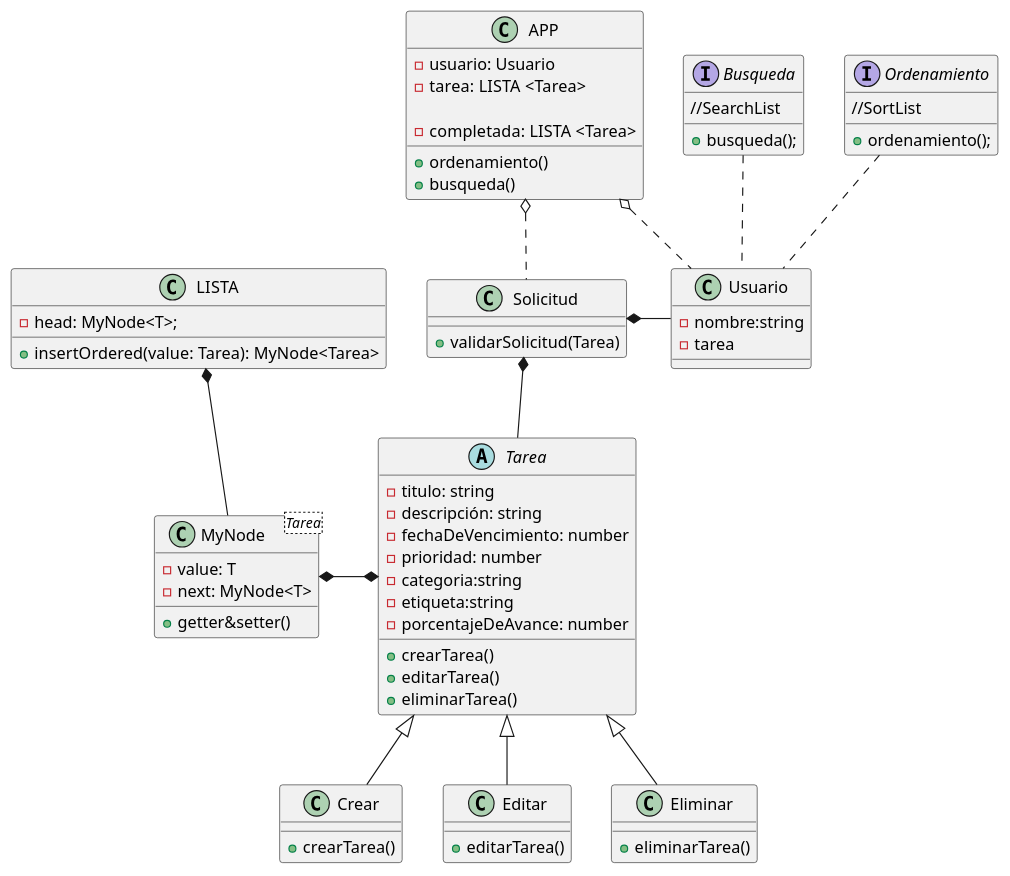
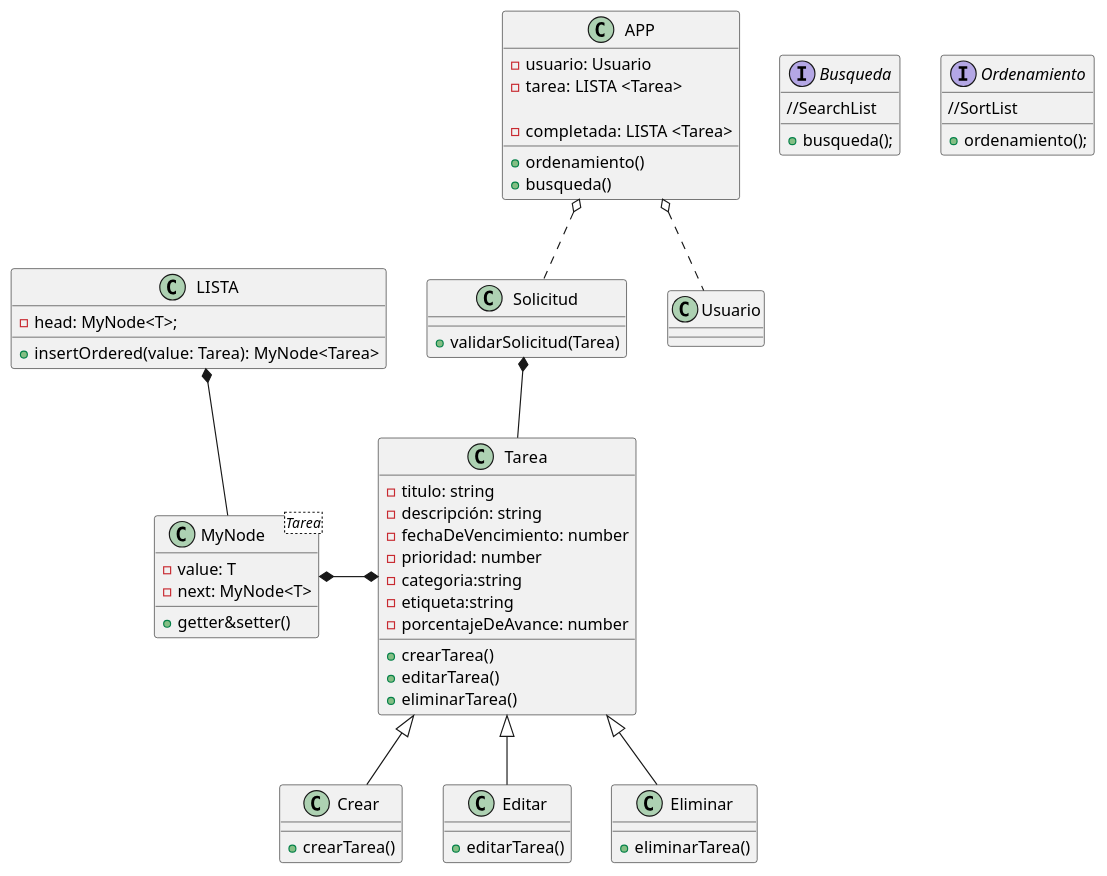
The diagram in Diagram/Diagrama.puml (LucasFrey-tech/TODO-LIST), drawn with PlantUML before and after one commit.

Commit message:
cambios de grafico con Ale

```diff
--- a/Diagram/Diagrama.puml
+++ b/Diagram/Diagrama.puml
@@ -1,88 +1,83 @@
 @startuml TaskerApp
 
 class APP{
     - usuario: Usuario
     - tarea: LISTA <Tarea>
 
     - completada: LISTA <Tarea>
     
     + ordenamiento()
     + busqueda()
 }
 
-class Usuario{
-    -nombre:string
-    - tarea
-}
-
 class Solicitud {
     + validarSolicitud(Tarea)
 }
 
 'ver si es clase abstracta o anormal
 
-abstract Tarea{
+class Tarea{
     - titulo: string
     - descripción: string
     - fechaDeVencimiento: number
     - prioridad: number
     - categoria:string
     - etiqueta:string
     - porcentajeDeAvance: number
 
     +crearTarea()
     +editarTarea()
     +eliminarTarea()
 
 }
 
 class Crear extends Tarea{
     + crearTarea()
 }
 
 class Editar extends Tarea{
     + editarTarea()
 }
 
 class Eliminar extends Tarea{
     + eliminarTarea()
 }
 
 interface Busqueda{
     + busqueda();
         //SearchList
 
 }
 
 interface Ordenamiento{
     + ordenamiento();
         //SortList
 }
 
 class LISTA{
     - head: MyNode<T>;
     + insertOrdered(value: Tarea): MyNode<Tarea>
 }
 
 class MyNode<Tarea>{
     - value: T
     - next: MyNode<T>
 
     + getter&setter()
 
 }
 
 APP o.. Solicitud
 APP o.. Usuario
 
-Solicitud *-r- Usuario
+
 Solicitud *-d- Tarea
 
-Busqueda .. Usuario
-Ordenamiento .. Usuario
+'Busqueda -- 
+'Ordenamiento--
 
 LISTA *-- MyNode
 
 Tarea *-l-* MyNode
 
 @enduml
```
